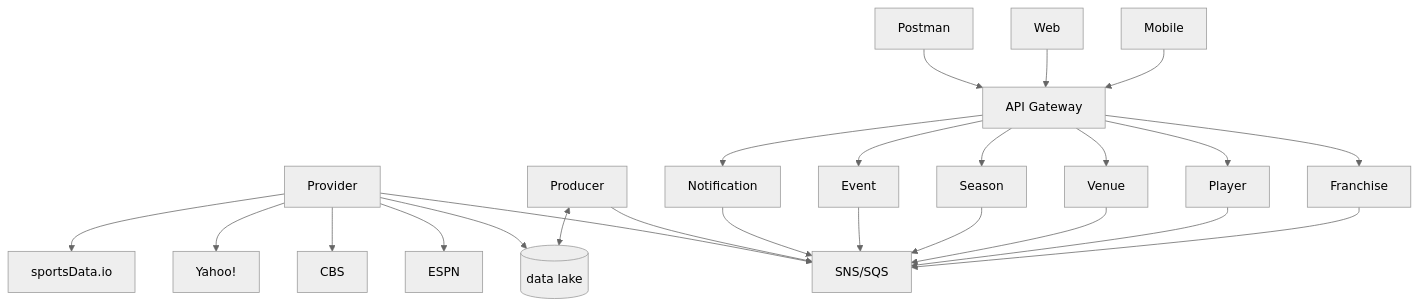
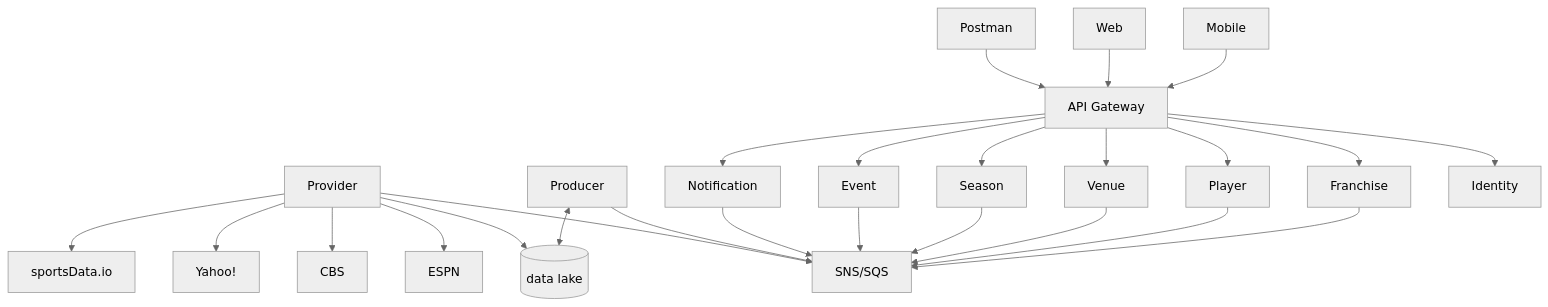
The diagram in README.md (jrandallsexton/sports-data-core), drawn with Mermaid (neutral theme) before and after one commit.

Commit message:
Update README.md
add spot for Identity

````diff
--- a/README.md
+++ b/README.md
@@ -22,40 +22,42 @@
 ```mermaid
 flowchart TD
     PV[Provider]
     DL[(data lake)]
     PV --> DL
     PD[Producer]
     PD <--> DL
     M[SNS/SQS]
     N[Notification]
     E[Event]
     S[Season]
     V[Venue]
     PL[Player]
     FR[Franchise]
+    ID[Identity]
     API[API Gateway]
+    API --> ID
     WCPOST[Postman]
     WCWEB[Web]
     WCMOB[Mobile]
     PV --> ESPN[ESPN]
     PV --> CBS[CBS]
     PV --> YAHOO[Yahoo!]
     PV --> SDIO[sportsData.io]
     PV --> M
     PD --> M
     N --> M
     E --> M
     S --> M
     V --> M
     PL --> M
     FR --> M
     API --> E
     API --> S
     API --> V
     API --> PL
     API --> FR
     API --> N
     WCPOST --> API
     WCWEB --> API
     WCMOB --> API
 ```
````
